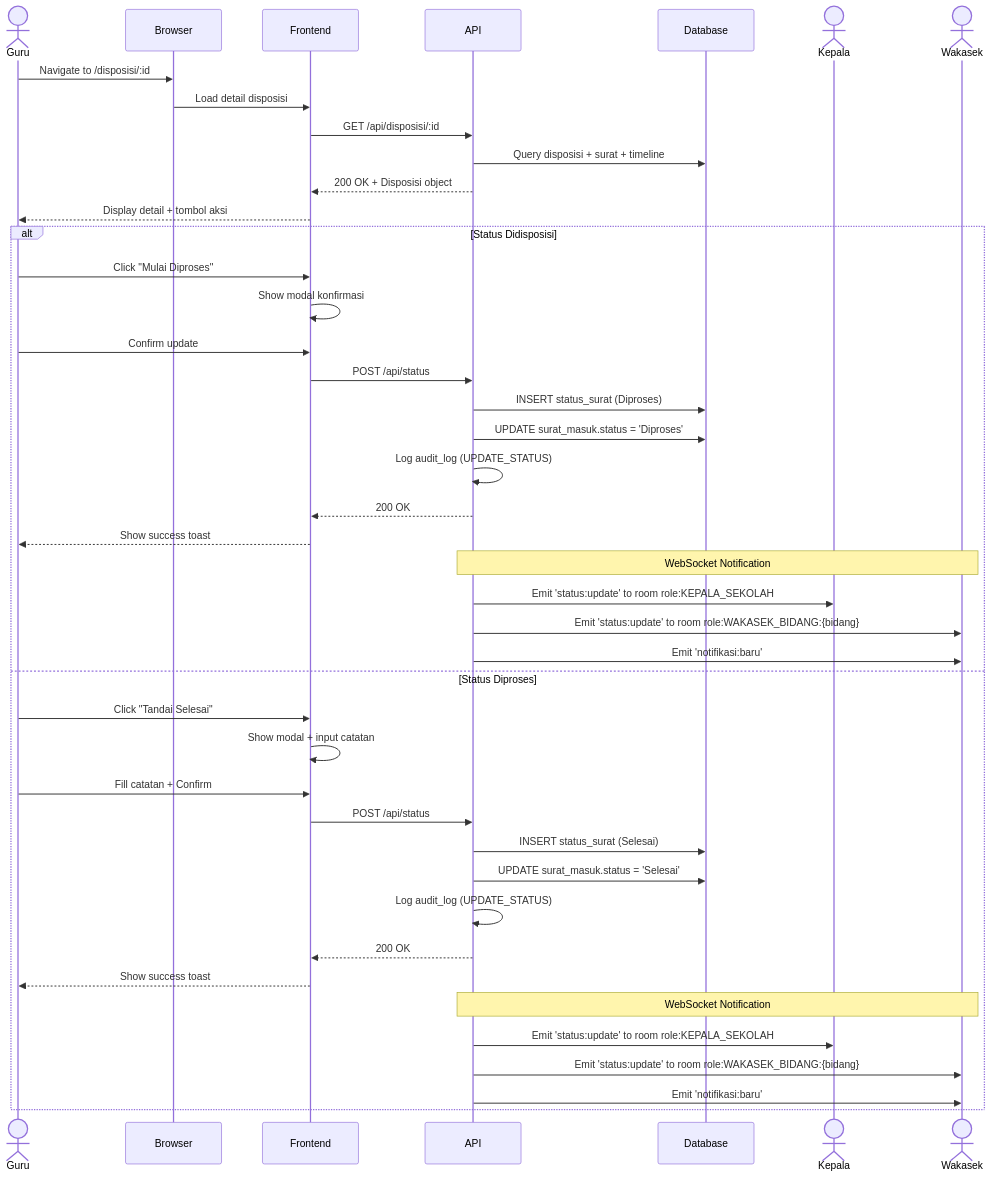
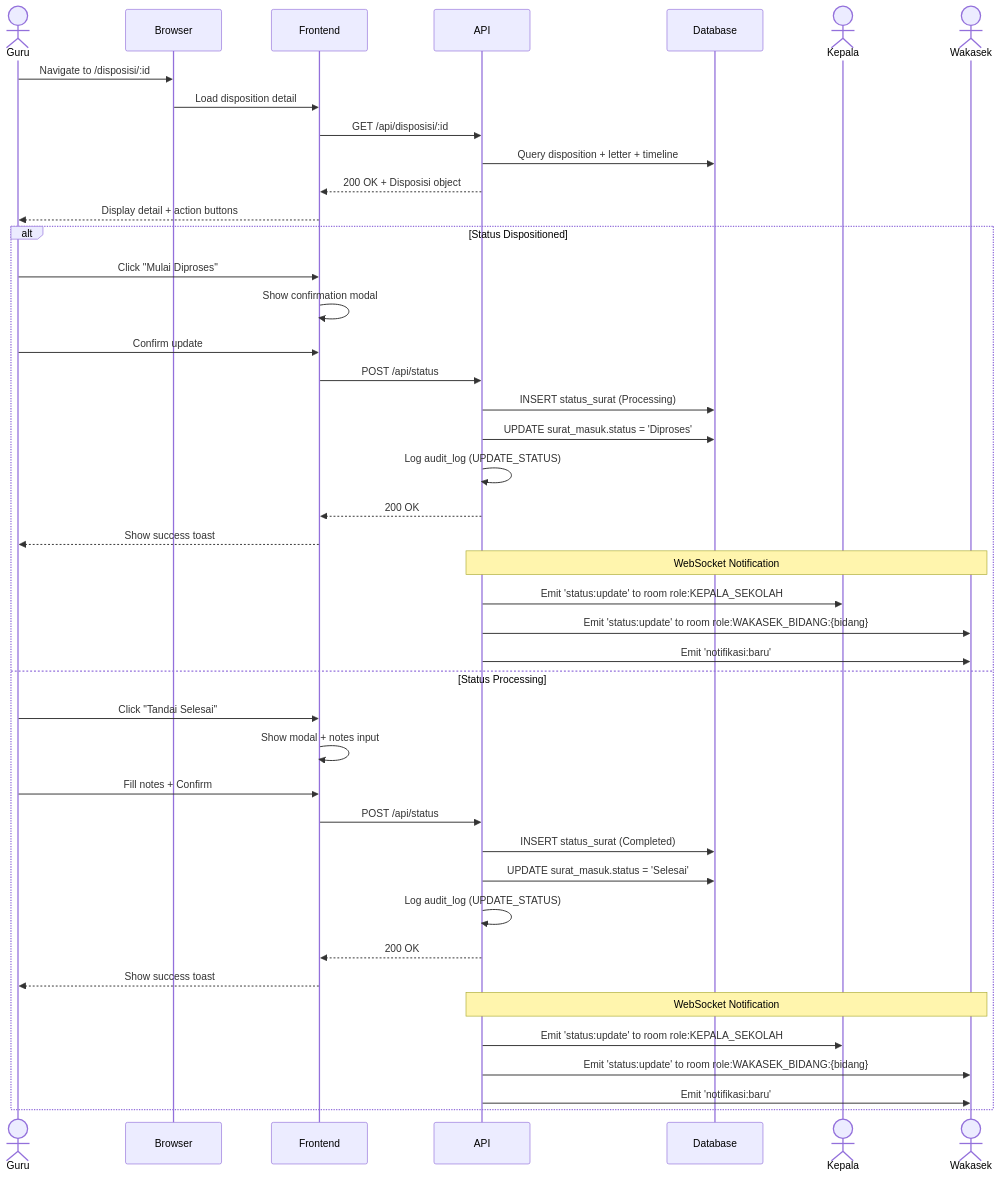
The diagram in docs/system_logics/sys_uc_004.md (ATzFauzan1525/Nexus), drawn with Mermaid before and after one commit. The commit also changed other lines of this file and 4 other files, not shown here.

````diff
--- a/docs/system_logics/sys_uc_004.md
+++ b/docs/system_logics/sys_uc_004.md
@@ -45,51 +45,51 @@
 ```mermaid
 sequenceDiagram
     actor Guru
     participant Browser
     participant Frontend
     participant API
     participant Database
     actor Kepala
     actor Wakasek
 
     Guru->>Browser: Navigate to /disposisi/:id
-    Browser->>Frontend: Load detail disposisi
+    Browser->>Frontend: Load disposition detail
     Frontend->>API: GET /api/disposisi/:id
-    API->>Database: Query disposisi + surat + timeline
+    API->>Database: Query disposition + letter + timeline
     API-->>Frontend: 200 OK + Disposisi object
-    Frontend-->>Guru: Display detail + tombol aksi
+    Frontend-->>Guru: Display detail + action buttons
 
-    alt Status Didisposisi
+    alt Status Dispositioned
         Guru->>Frontend: Click "Mulai Diproses"
-        Frontend->>Frontend: Show modal konfirmasi
+        Frontend->>Frontend: Show confirmation modal
         Guru->>Frontend: Confirm update
 
         Frontend->>API: POST /api/status
-        API->>Database: INSERT status_surat (Diproses)
+        API->>Database: INSERT status_surat (Processing)
         API->>Database: UPDATE surat_masuk.status = 'Diproses'
         API->>API: Log audit_log (UPDATE_STATUS)
         API-->>Frontend: 200 OK
         Frontend-->>Guru: Show success toast
 
         Note over API,Wakasek: WebSocket Notification
         API->>Kepala: Emit 'status:update' to room role:KEPALA_SEKOLAH
         API->>Wakasek: Emit 'status:update' to room role:WAKASEK_BIDANG:{bidang}
         API->>Wakasek: Emit 'notifikasi:baru'
-    else Status Diproses
+    else Status Processing
         Guru->>Frontend: Click "Tandai Selesai"
-        Frontend->>Frontend: Show modal + input catatan
-        Guru->>Frontend: Fill catatan + Confirm
+        Frontend->>Frontend: Show modal + notes input
+        Guru->>Frontend: Fill notes + Confirm
 
         Frontend->>API: POST /api/status
-        API->>Database: INSERT status_surat (Selesai)
+        API->>Database: INSERT status_surat (Completed)
         API->>Database: UPDATE surat_masuk.status = 'Selesai'
         API->>API: Log audit_log (UPDATE_STATUS)
         API-->>Frontend: 200 OK
         Frontend-->>Guru: Show success toast
 
         Note over API,Wakasek: WebSocket Notification
         API->>Kepala: Emit 'status:update' to room role:KEPALA_SEKOLAH
         API->>Wakasek: Emit 'status:update' to room role:WAKASEK_BIDANG:{bidang}
         API->>Wakasek: Emit 'notifikasi:baru'
     end
 ```
````
